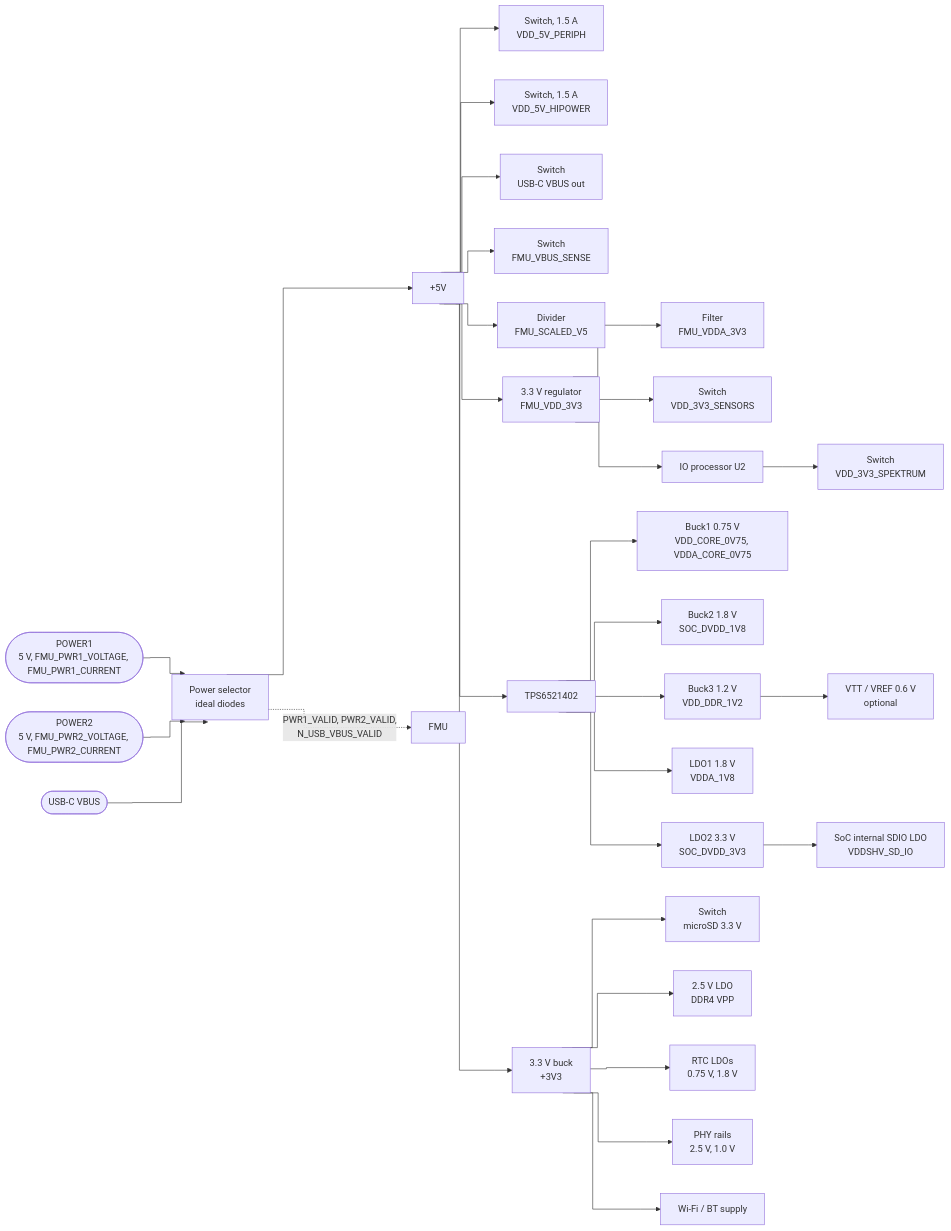
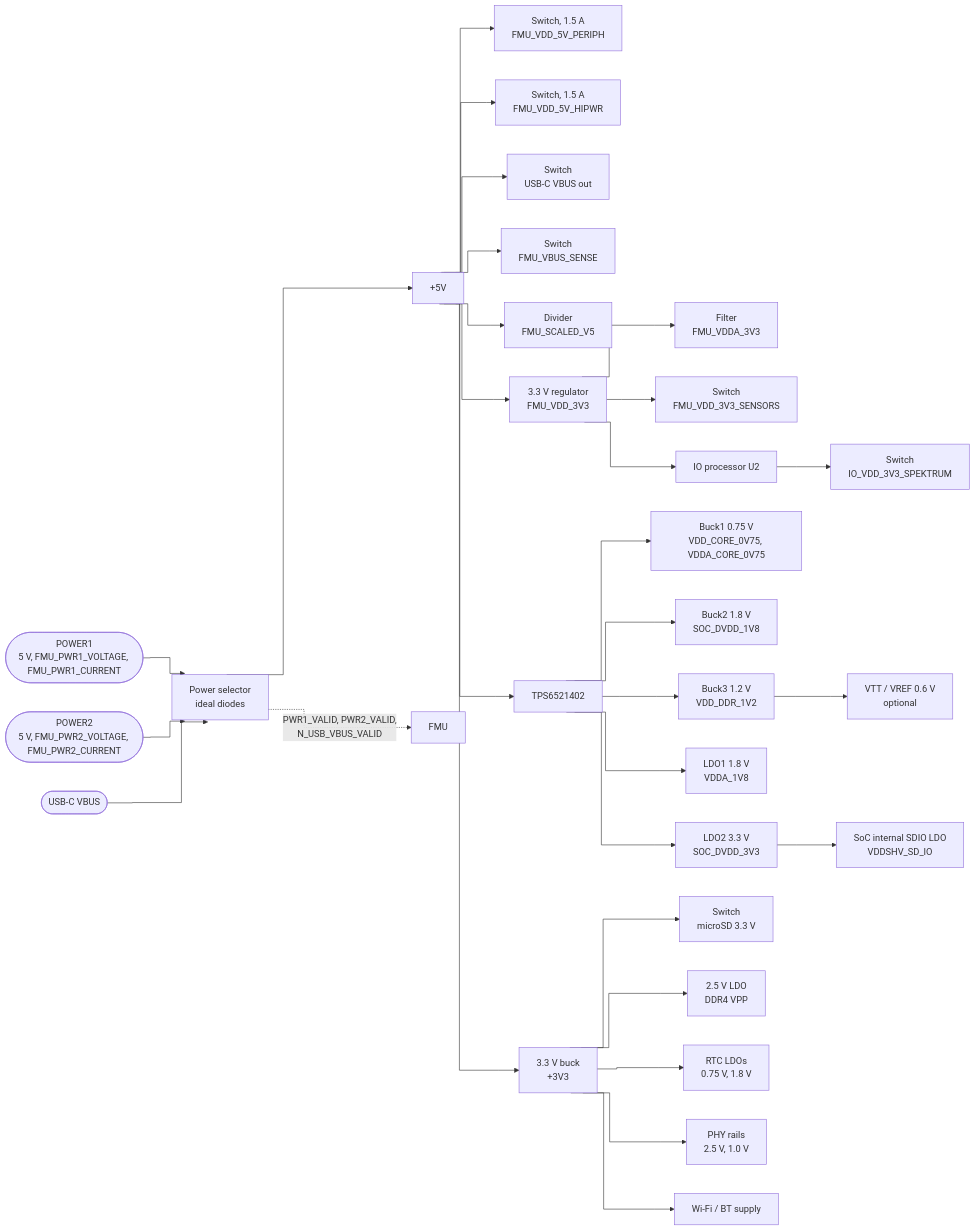
One commit to JustBrenkman/sora changed the fourth of 4 diagrams in projects/pinion/specs/diagrams/block-diagram.md. Above: the diagram before and after it, drawn with Mermaid. The commit also changed other lines of this file and 10 other files, not shown here.

Commit message:
[pinion] mcu basic schematic in

````diff
--- a/projects/pinion/specs/diagrams/block-diagram.md
+++ b/projects/pinion/specs/diagrams/block-diagram.md
@@ -153,36 +153,36 @@
 ```mermaid
 %%{init: {"flowchart": {"curve": "step"}}}%%
 flowchart LR
     PM1([POWER1<br/>5 V, FMU_PWR1_VOLTAGE, FMU_PWR1_CURRENT]) --> SEL[Power selector<br/>ideal diodes]
     PM2([POWER2<br/>5 V, FMU_PWR2_VOLTAGE, FMU_PWR2_CURRENT]) --> SEL
     USBV([USB-C VBUS]) --> SEL
     SEL --> BUCK5[+5V]
     SEL -.->|PWR1_VALID, PWR2_VALID,<br/>N_USB_VBUS_VALID| VAL[FMU]
 
-    BUCK5 --> P5[Switch, 1.5 A<br/>VDD_5V_PERIPH]
-    BUCK5 --> H5[Switch, 1.5 A<br/>VDD_5V_HIPOWER]
+    BUCK5 --> P5[Switch, 1.5 A<br/>FMU_VDD_5V_PERIPH]
+    BUCK5 --> H5[Switch, 1.5 A<br/>FMU_VDD_5V_HIPWR]
     BUCK5 --> U5[Switch<br/>USB-C VBUS out]
     BUCK5 --> F5[Switch<br/>FMU_VBUS_SENSE]
     BUCK5 --> SCAL[Divider<br/>FMU_SCALED_V5]
 
     BUCK5 --> F33[3.3 V regulator<br/>FMU_VDD_3V3]
     F33 --> FA[Filter<br/>FMU_VDDA_3V3]
-    F33 --> S33[Switch<br/>VDD_3V3_SENSORS]
+    F33 --> S33[Switch<br/>FMU_VDD_3V3_SENSORS]
     F33 --> I33[IO processor U2]
-    I33 --> SPK[Switch<br/>VDD_3V3_SPEKTRUM]
+    I33 --> SPK[Switch<br/>IO_VDD_3V3_SPEKTRUM]
 
     BUCK5 --> B33[3.3 V buck<br/>+3V3]
     BUCK5 --> PMIC[TPS6521402]
     PMIC --> C[Buck1 0.75 V<br/>VDD_CORE_0V75, VDDA_CORE_0V75]
     PMIC --> D18[Buck2 1.8 V<br/>SOC_DVDD_1V8]
     PMIC --> DDR[Buck3 1.2 V<br/>VDD_DDR_1V2]
     PMIC --> A18[LDO1 1.8 V<br/>VDDA_1V8]
     PMIC --> D33[LDO2 3.3 V<br/>SOC_DVDD_3V3]
     D33 --> SDL[SoC internal SDIO LDO<br/>VDDSHV_SD_IO]
     B33 --> SDP[Switch<br/>microSD 3.3 V]
     B33 --> VPP[2.5 V LDO<br/>DDR4 VPP]
     DDR --> VTT[VTT / VREF 0.6 V<br/>optional]
     B33 --> RTC[RTC LDOs<br/>0.75 V, 1.8 V]
     B33 --> PHYR[PHY rails<br/>2.5 V, 1.0 V]
     B33 --> WLR[Wi-Fi / BT supply]
 ```
````
